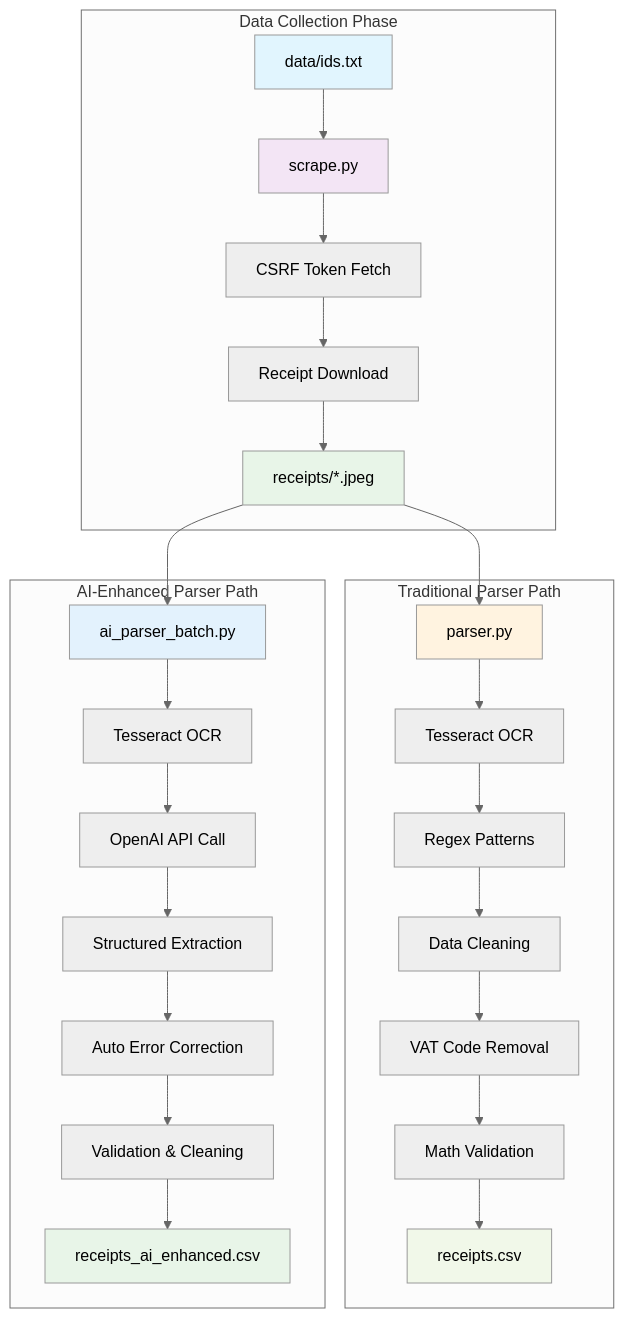
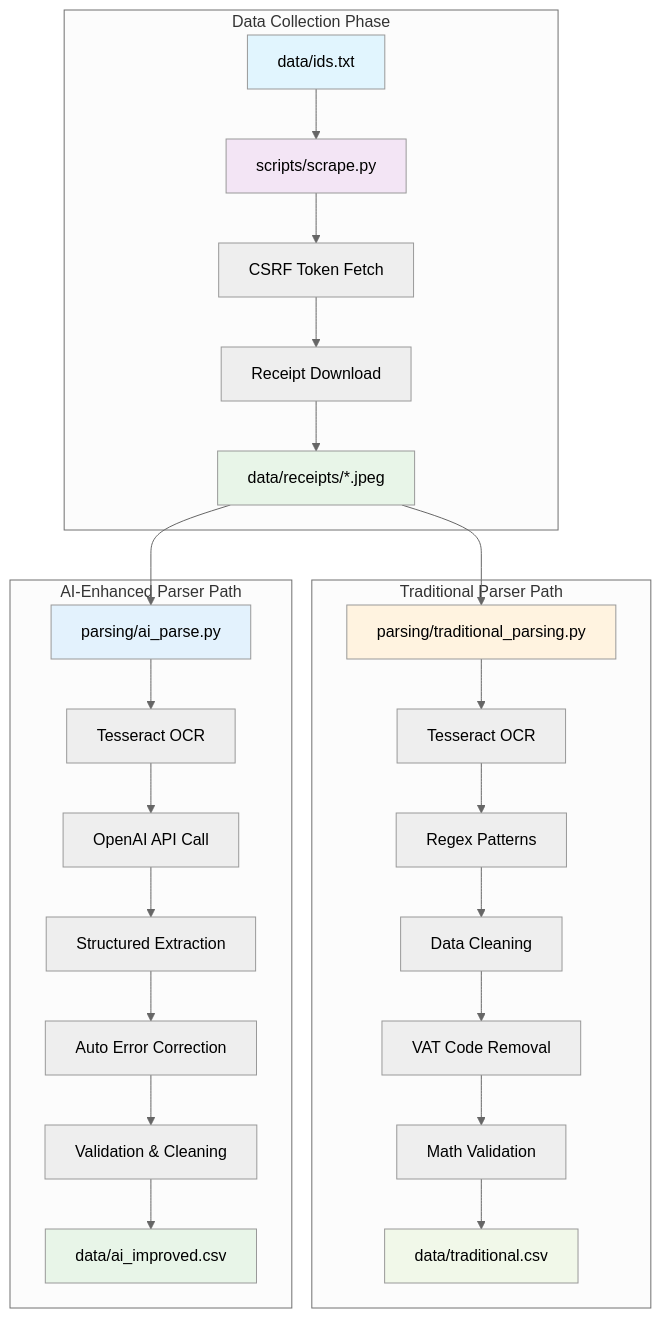
The fifth of 8 diagrams in README.md (Ismat-Samadov/receipt_data), drawn with Mermaid (neutral theme) before and after one commit. The commit also changed other lines of this file and 3 other files, not shown here.

````diff
--- a/README.md
+++ b/README.md
@@ -680,37 +685,37 @@
 ```mermaid
 graph TB
     subgraph "Data Collection Phase"
-        A[data/ids.txt] --> B[scrape.py]
+        A[data/ids.txt] --> B[scripts/scrape.py]
         B --> C[CSRF Token Fetch]
         C --> D[Receipt Download]
-        D --> E[receipts/*.jpeg]
+        D --> E[data/receipts/*.jpeg]
     end
-    
+
     subgraph "Traditional Parser Path"
-        E --> F[parser.py]
+        E --> F[parsing/traditional_parsing.py]
         F --> G[Tesseract OCR]
         G --> H[Regex Patterns]
         H --> I[Data Cleaning]
         I --> J[VAT Code Removal]
         J --> K[Math Validation]
-        K --> L[receipts.csv]
+        K --> L[data/traditional.csv]
     end
-    
+
     subgraph "AI-Enhanced Parser Path"
-        E --> M[ai_parser_batch.py]
+        E --> M[parsing/ai_parse.py]
         M --> N[Tesseract OCR]
         N --> O[OpenAI API Call]
         O --> P[Structured Extraction]
         P --> Q[Auto Error Correction]
         Q --> R[Validation & Cleaning]
-        R --> S[receipts_ai_enhanced.csv]
+        R --> S[data/ai_improved.csv]
     end
     
     style A fill:#e1f5fe
     style B fill:#f3e5f5
     style E fill:#e8f5e8
     style F fill:#fff3e0
     style M fill:#e3f2fd
     style L fill:#f1f8e9
     style S fill:#e8f5e8
 ```
````
